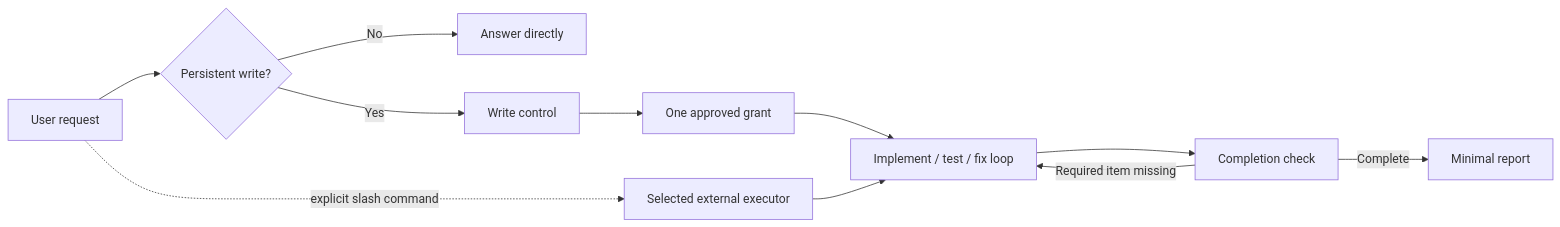
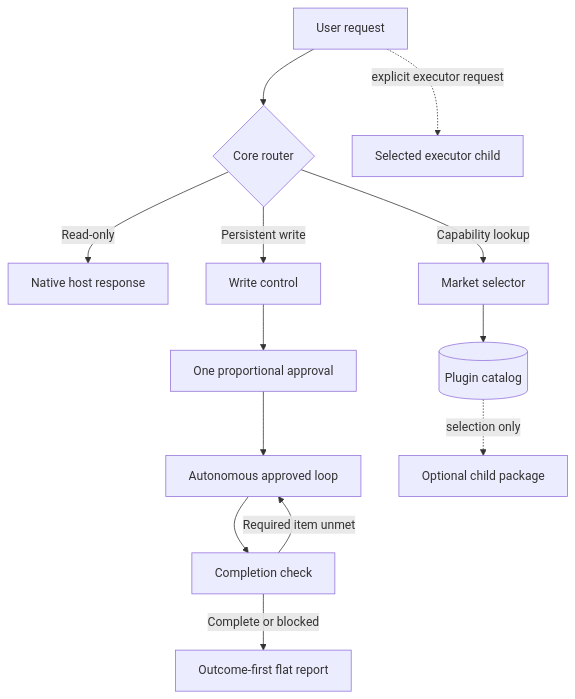
Before and after one commit to algocean1204/clonamic-herness-plugin: the diagram in README.md, drawn with Mermaid. The commit also changed other lines of this file and 182 other files, not shown here.

````diff
--- a/README.md
+++ b/README.md
@@ -35,13 +43,15 @@
 ```mermaid
-flowchart LR
-    U[User request] --> R{Persistent write?}
-    R -- No --> A[Answer directly]
-    R -- Yes --> C[Write control]
-    C --> G[One approved grant]
-    G --> E[Implement / test / fix loop]
-    E --> V[Completion check]
-    V -- Required item missing --> E
-    V -- Complete --> P[Minimal report]
-    U -. explicit slash command .-> X[Selected external executor]
-    X --> E
+flowchart TB
+    U[User request] --> R{Core router}
+    R -->|Read-only| N[Native host response]
+    R -->|Persistent write| W[Write control]
+    W --> A[One proportional approval]
+    A --> L[Autonomous approved loop]
+    L --> C[Completion check]
+    C -->|Required item unmet| L
+    C -->|Complete or blocked| P[Outcome-first flat report]
+    R -->|Capability lookup| M[Market selector]
+    M --> K[(Plugin catalog)]
+    K -. selection only .-> O[Optional child package]
+    U -. explicit executor request .-> E[Selected executor child]
 ```
````
